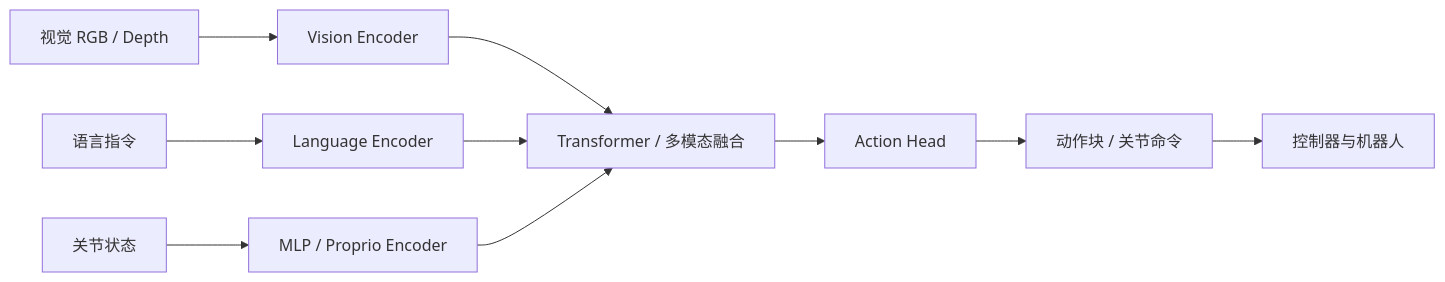
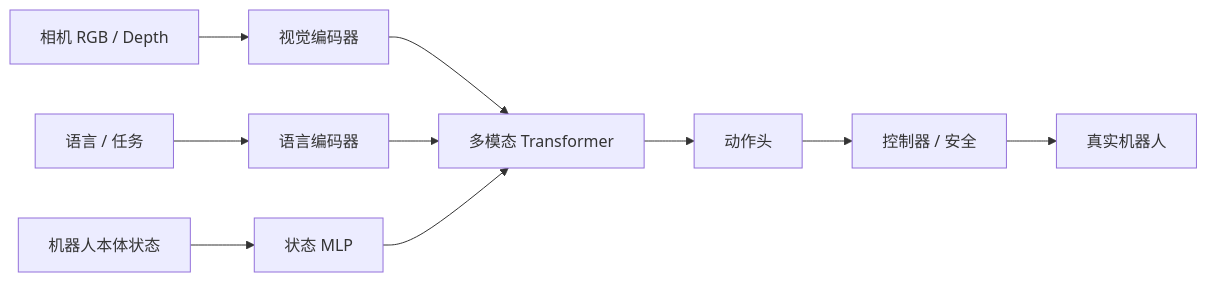
The fourth of 4 diagrams in md/Deep_Learning_Foundations_ZH.md (zengxiong111/Foundation_of_Embodied_AI), drawn with Mermaid before and after one commit. The commit also changed other lines of this file and 10 other files, not shown here.

````diff
--- a/md/Deep_Learning_Foundations_ZH.md
+++ b/md/Deep_Learning_Foundations_ZH.md
@@ -360,12 +525,12 @@
 ```mermaid
 flowchart LR
-    I[视觉 RGB / Depth] --> V[Vision Encoder]
-    T[语言指令] --> L[Language Encoder]
-    Q[关节状态] --> P[MLP / Proprio Encoder]
-    V --> F[Transformer / 多模态融合]
-    L --> F
-    P --> F
-    F --> H[Action Head]
-    H --> A[动作块 / 关节命令]
-    A --> C[控制器与机器人]
+    V[相机 RGB / Depth] --> EV[视觉编码器]
+    G[语言 / 任务] --> EG[语言编码器]
+    Q[机器人本体状态] --> EQ[状态 MLP]
+    EV --> F[多模态 Transformer]
+    EG --> F
+    EQ --> F
+    F --> H[动作头]
+    H --> C[控制器 / 安全]
+    C --> R[真实机器人]
 ```
````
